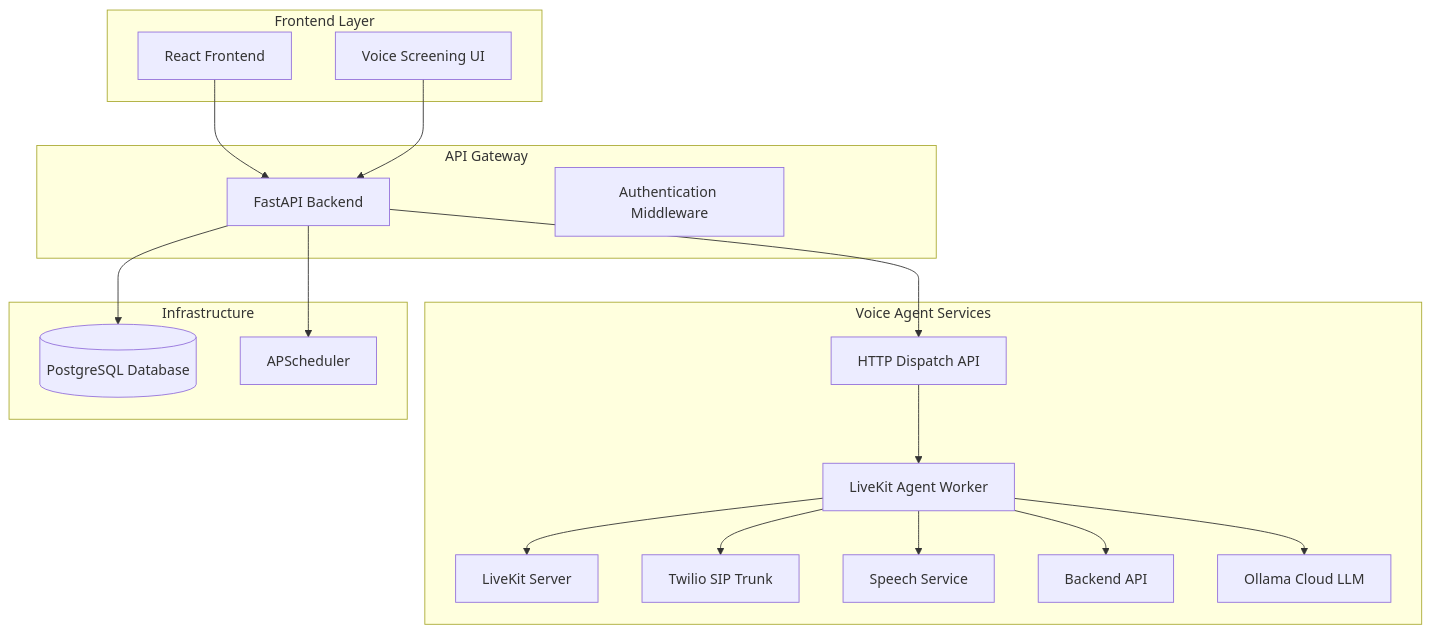
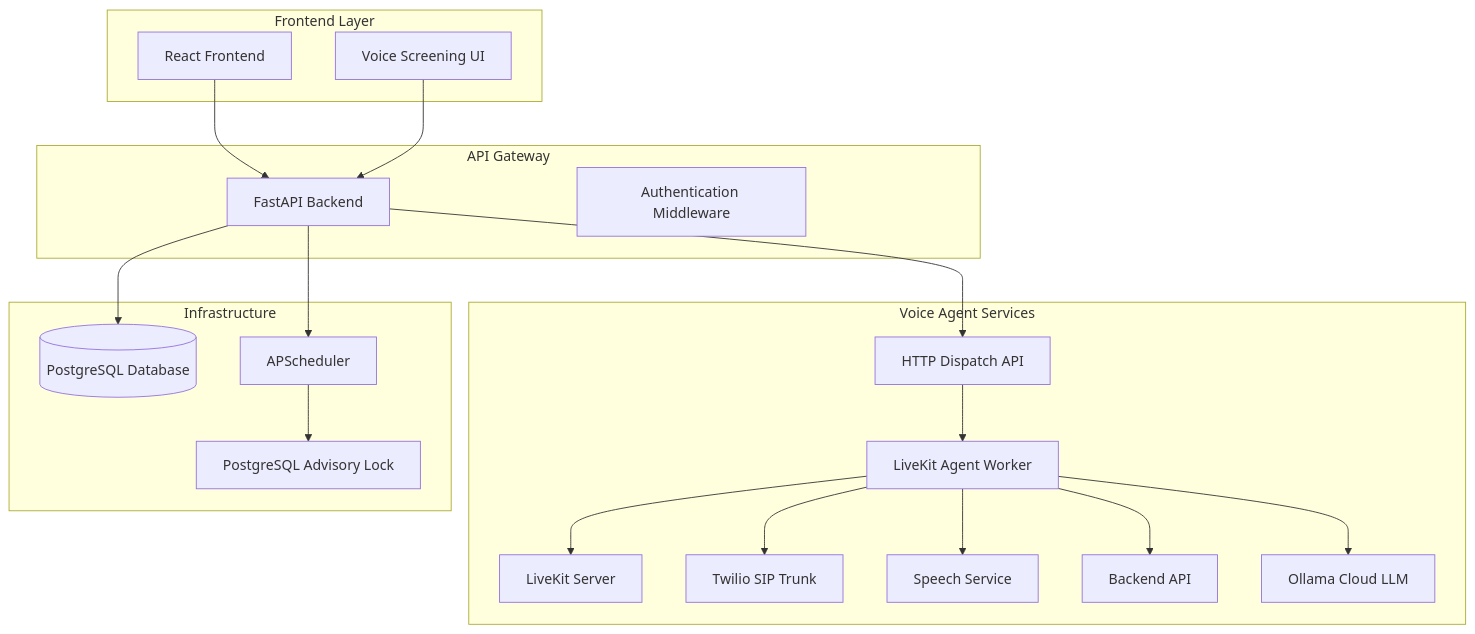
Before and after one commit to Revanththetalogics/aireume: the first of 20 diagrams in .qoder/repowiki/en/content/Advanced Topics/Voice Agent Conversation System.md, drawn with Mermaid. The commit also changed other lines of this file and 118 other files, not shown here.

````diff
--- a/.qoder/repowiki/en/content/Advanced Topics/Voice Agent Conversation System.md
+++ b/.qoder/repowiki/en/content/Advanced Topics/Voice Agent Conversation System.md
@@ -57,35 +57,37 @@
 ```mermaid
 graph TB
 subgraph "Frontend Layer"
 FE[React Frontend]
 UI[Voice Screening UI]
 end
 subgraph "API Gateway"
 API[FastAPI Backend]
 AUTH[Authentication Middleware]
 end
 subgraph "Voice Agent Services"
 DISPATCH[HTTP Dispatch API]
 WORKER[LiveKit Agent Worker]
 LK[LiveKit Server]
 TWILIO[Twilio SIP Trunk]
 SC[Speech Service]
 BK[Backend API]
 LLM[Ollama Cloud LLM]
 end
 subgraph "Infrastructure"
 DB[(PostgreSQL Database)]
 SCHED[APScheduler]
+LOCK[PostgreSQL Advisory Lock]
 end
 FE --> API
 UI --> API
 API --> DISPATCH
 DISPATCH --> WORKER
 WORKER --> LK
 WORKER --> TWILIO
 WORKER --> SC
 WORKER --> BK
 WORKER --> LLM
 API --> DB
 API --> SCHED
+SCHED --> LOCK
 ```
````
